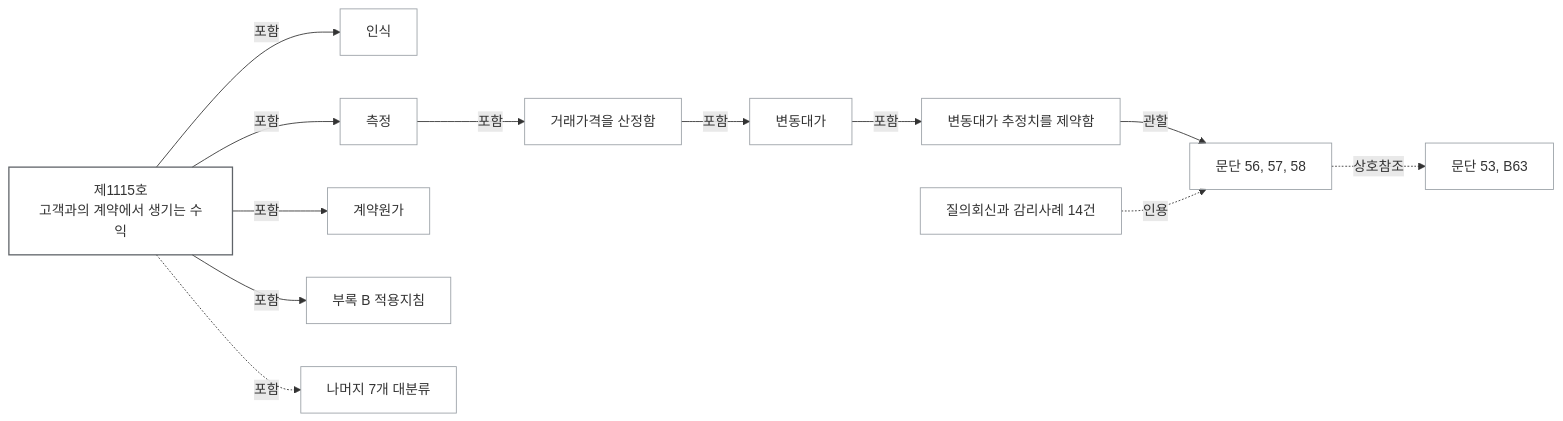
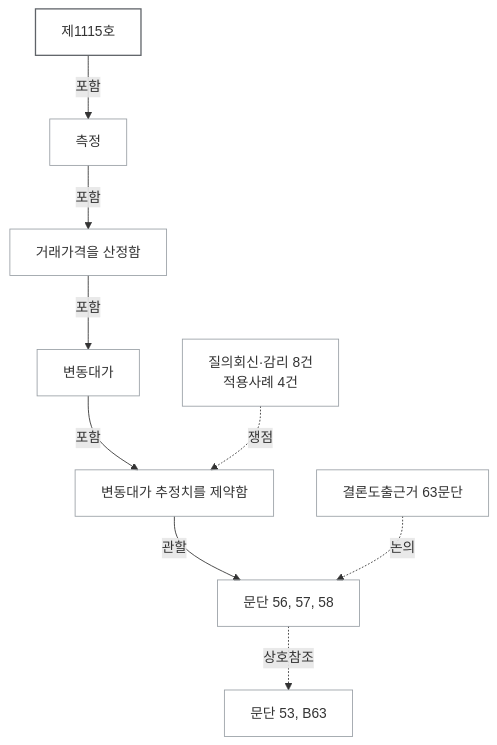
The second of 4 diagrams in README.md (ghdtjrgns321-creator/k-ifrs-1115), drawn with Mermaid before and after one commit. The commit also changed other lines of this file, not shown here.

````diff
--- a/README.md
+++ b/README.md
@@ -80,21 +85,22 @@
 ```mermaid
-flowchart LR
-    R["제1115호<br/>고객과의 계약에서 생기는 수익"]
-    R -->|포함| T3["인식"]
-    R -->|포함| T4["측정"]
-    R -->|포함| T5["계약원가"]
-    R -->|포함| T8["부록 B 적용지침"]
-    R -.->|포함| ETC["나머지 7개 대분류"]
+  flowchart TD
+      R["제1115호"]
+      R -->|포함| T["측정"]
 
-    T4 -->|포함| M1["거래가격을 산정함"]
-    M1 -->|포함| M2["변동대가"]
-    M2 -->|포함| M3["변동대가 추정치를 제약함"]
-    M3 -->|관할| P["문단 56, 57, 58"]
-    P -.->|상호참조| P2["문단 53, B63"]
-    S["질의회신과 감리사례 14건"] -.->|인용| P
+      T -->|포함| M1["거래가격을 산정함"]
+      M1 -->|포함| M2["변동대가"]
+      M2 -->|포함| M3["변동대가 추정치를 제약함"]
 
-    classDef step fill:none,stroke:#9aa0a6,stroke-width:1px
-    classDef port fill:none,stroke:#5f6368,stroke-width:1.5px
-    class T3,T4,T5,T8,ETC,M1,M2,M3,P,P2,S step
-    class R port
+      M3 -->|관할| P["문단 56, 57, 58"]
+      P -.->|상호참조| P2["문단 53, B63"]
+
+      S["질의회신·감리 8건<br/>적용사례 4건"] -.->|쟁점| M3
+      BC["결론도출근거 63문단"] -.->|논의| P
+
+      classDef step fill:none,stroke:#9aa0a6,stroke-width:1px
+      classDef port fill:none,stroke:#5f6368,stroke-width:1.5px
+      classDef dim fill:none,stroke:#c8cdd2,stroke-width:1px,color:#80868b
+      class T,M1,M2,M3,P,P2,S,BC step
+      class R port
+      class ETC dim
 ```
````
